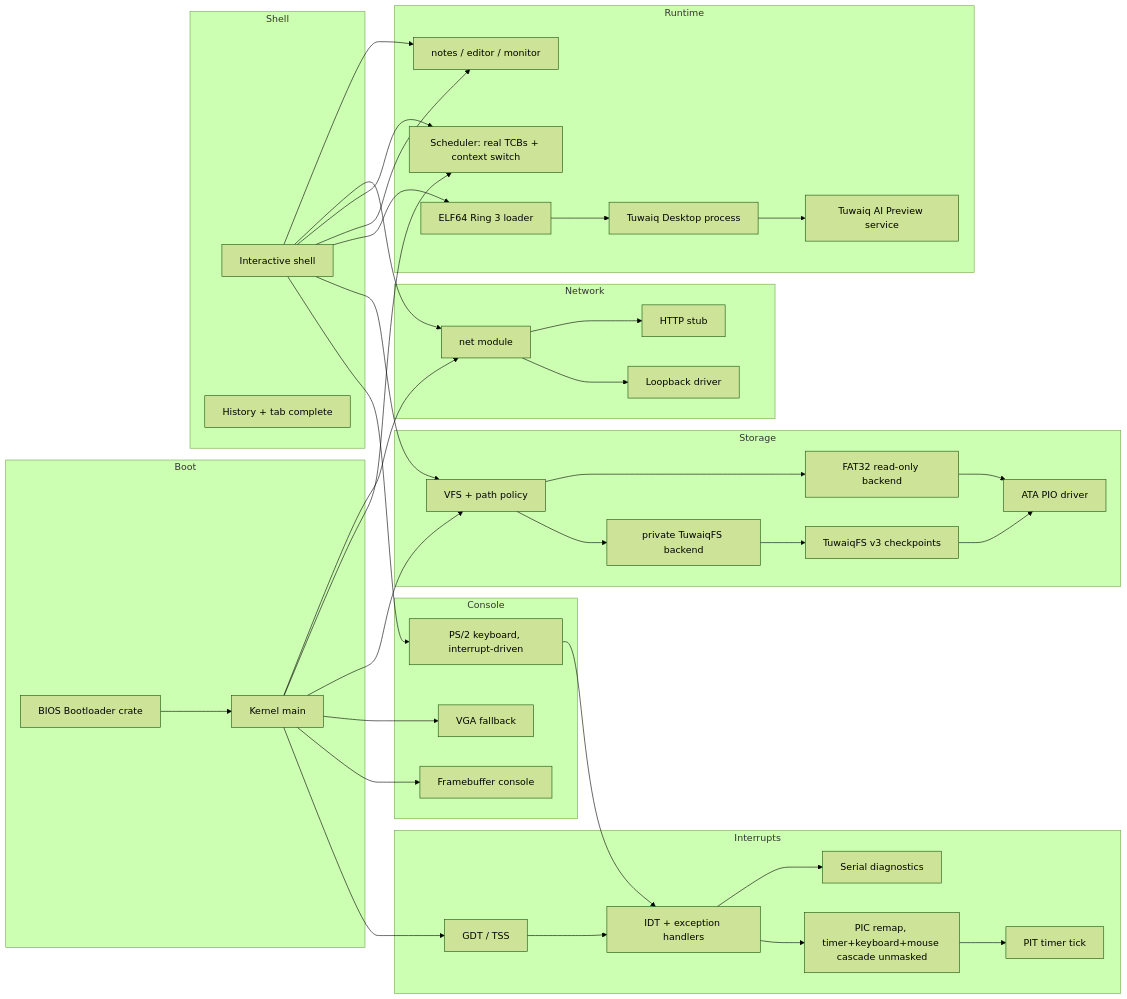
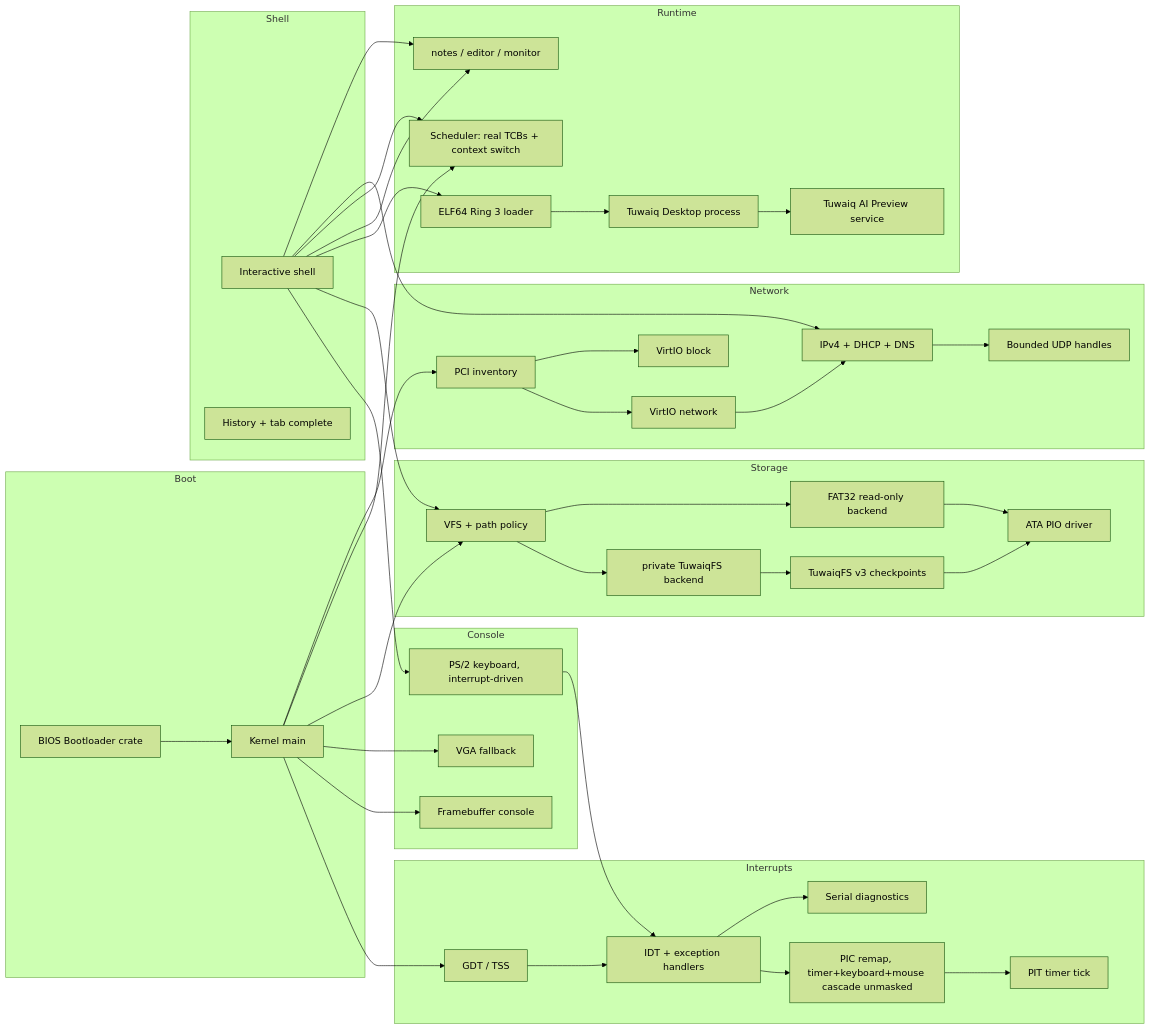
The diagram in ARCHITECTURE.md (ibraman5/TuwaiqOS), drawn with Mermaid (forest theme) before and after one commit. The commit also changed other lines of this file and 5 other files, not shown here.

````diff
--- a/ARCHITECTURE.md
+++ b/ARCHITECTURE.md
@@ -12,63 +15,65 @@
 ```mermaid
 flowchart LR
     subgraph Boot
         B[BIOS Bootloader crate]
         K[Kernel main]
     end
     subgraph Interrupts
         GDT[GDT / TSS]
         IDT[IDT + exception handlers]
         PIC[PIC remap, timer+keyboard+mouse cascade unmasked]
         PIT[PIT timer tick]
         SER[Serial diagnostics]
     end
     subgraph Console
         FB[Framebuffer console]
         VGA[VGA fallback]
         KB[PS/2 keyboard, interrupt-driven]
     end
     subgraph Shell
         SH[Interactive shell]
         HIST[History + tab complete]
     end
     subgraph Storage
         VFS[VFS + path policy]
         FS[private TuwaiqFS backend]
         TQFS[TuwaiqFS v3 checkpoints]
         FAT[FAT32 read-only backend]
         ATA[ATA PIO driver]
     end
     subgraph Runtime
         TASK[Scheduler: real TCBs + context switch]
         ELF[ELF64 Ring 3 loader]
         DESK[Tuwaiq Desktop process]
         AIP[Tuwaiq AI Preview service]
         APPS[notes / editor / monitor]
     end
     subgraph Network
-        NET[net module]
-        LB[Loopback driver]
-        HTTP[HTTP stub]
+        PCI[PCI inventory]
+        VNET[VirtIO network]
+        VBLK[VirtIO block]
+        IPV4[IPv4 + DHCP + DNS]
+        UDP[Bounded UDP handles]
     end
     B --> K
     K --> GDT --> IDT --> PIC --> PIT
     IDT --> SER
     K --> FB
     K --> VGA
     K --> VFS
     K --> TASK
-    K --> NET
+    K --> PCI
     KB --> IDT
     SH --> KB
     SH --> VFS
     SH --> ELF --> DESK
     DESK --> AIP
     SH --> APPS
     SH --> TASK
-    SH --> NET
+    SH --> IPV4
     VFS --> FS --> TQFS --> ATA
     VFS --> FAT --> ATA
     SH --> APPS
-    NET --> LB
-    NET --> HTTP
+    PCI --> VNET --> IPV4 --> UDP
+    PCI --> VBLK
 ```
````
